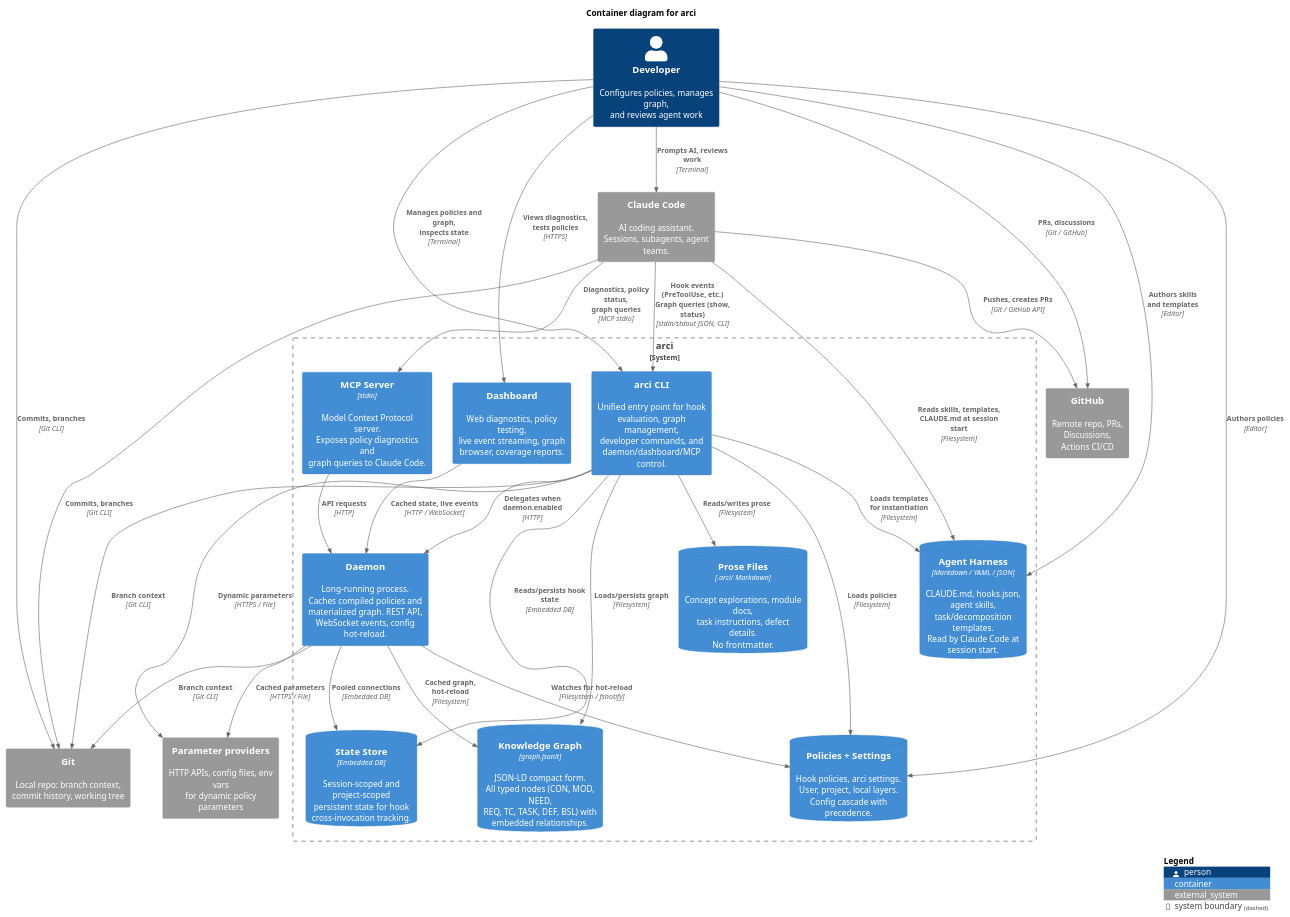
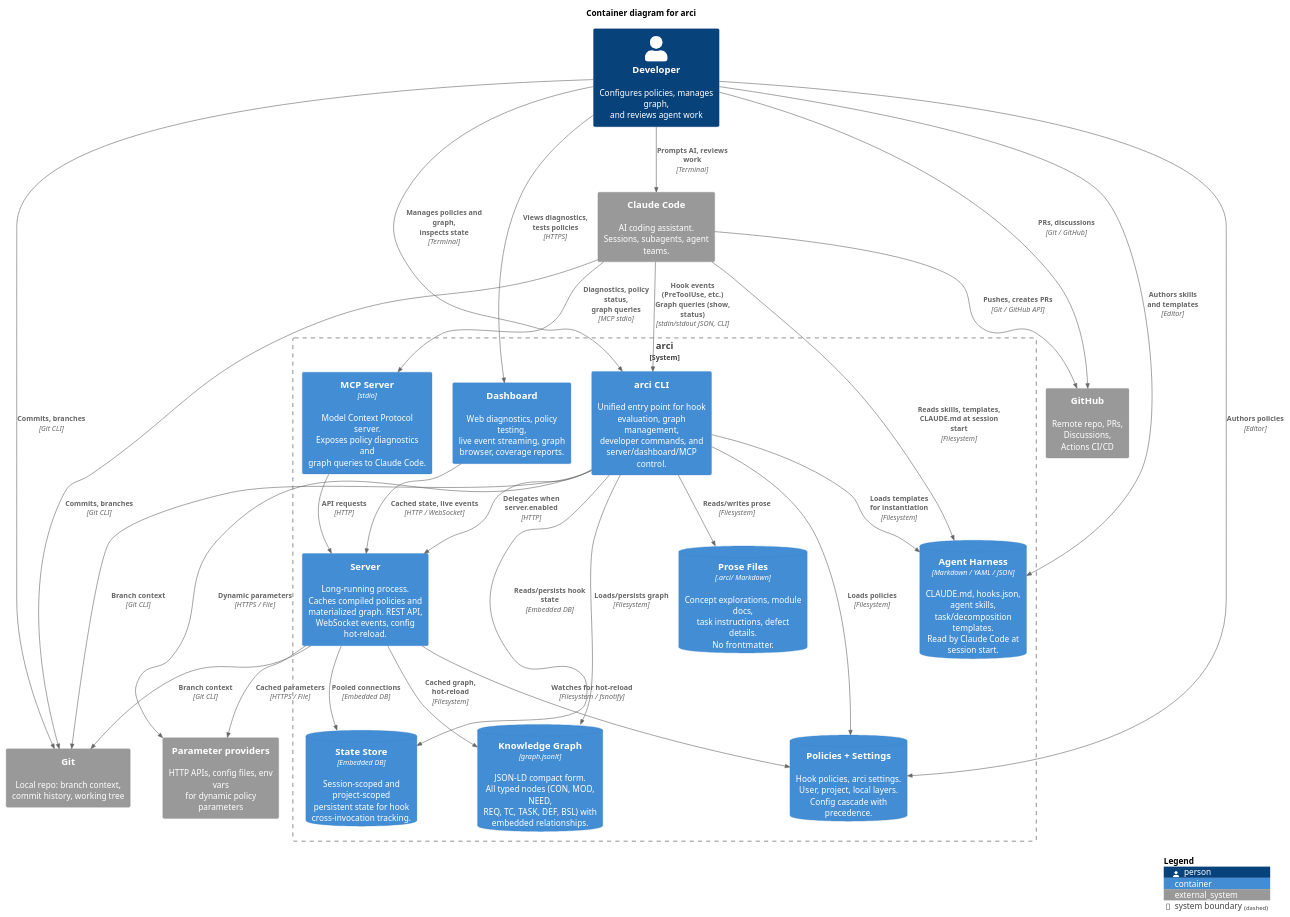
One commit to krav-sh/krav changed the diagram in docs/design/diagrams/arci-c4-container.puml. Above: the diagram before and after it, drawn with PlantUML. The commit also changed 34 other files, not shown here.

Commit message:
docs: rename daemon to server

```diff
--- a/docs/design/diagrams/arci-c4-container.puml
+++ b/docs/design/diagrams/arci-c4-container.puml
@@ -1,71 +1,71 @@
 @startuml arci-c4-container
 !include <C4/C4_Container>
 
 title Container diagram for arci
 
 Person(developer, "Developer", "Configures policies, manages graph,\nand reviews agent work")
 
 System_Ext(claude_code, "Claude Code", "AI coding assistant.\nSessions, subagents, agent teams.")
 System_Ext(git, "Git", "Local repo: branch context,\ncommit history, working tree")
 System_Ext(github, "GitHub", "Remote repo, PRs, Discussions,\nActions CI/CD")
 System_Ext(param_providers, "Parameter providers", "HTTP APIs, config files, env vars\nfor dynamic policy parameters")
 
 System_Boundary(arci, "arci") {
 
-    Container(cli, "arci CLI", "", "Unified entry point for hook\nevaluation, graph management,\ndeveloper commands, and\ndaemon/dashboard/MCP control.")
+    Container(cli, "arci CLI", "", "Unified entry point for hook\nevaluation, graph management,\ndeveloper commands, and\nserver/dashboard/MCP control.")
 
-    Container(daemon, "Daemon", "", "Long-running process.\nCaches compiled policies and\nmaterialized graph. REST API,\nWebSocket events, config hot-reload.")
+    Container(server, "Server", "", "Long-running process.\nCaches compiled policies and\nmaterialized graph. REST API,\nWebSocket events, config hot-reload.")
 
     Container(dashboard, "Dashboard", "", "Web diagnostics, policy testing,\nlive event streaming, graph\nbrowser, coverage reports.")
 
     Container(mcp, "MCP Server", "stdio", "Model Context Protocol server.\nExposes policy diagnostics and\ngraph queries to Claude Code.")
 
     ContainerDb(state_store, "State Store", "Embedded DB", "Session-scoped and project-scoped\npersistent state for hook\ncross-invocation tracking.")
 
     ContainerDb(graph_db, "Knowledge Graph", "graph.jsonlt", "JSON-LD compact form.\nAll typed nodes (CON, MOD, NEED,\nREQ, TC, TASK, DEF, BSL) with\nembedded relationships.")
 
     ContainerDb(prose_files, "Prose Files", ".arci/ Markdown", "Concept explorations, module docs,\ntask instructions, defect details.\nNo frontmatter.")
 
     ContainerDb(policy_config, "Policies + Settings", "", "Hook policies, arci settings.\nUser, project, local layers.\nConfig cascade with precedence.")
 
     ContainerDb(harness_config, "Agent Harness", "Markdown / YAML / JSON", "CLAUDE.md, hooks.json, agent skills,\ntask/decomposition templates.\nRead by Claude Code at session start.")
 }
 
 ' === Developer relationships ===
 Rel(developer, claude_code, "Prompts AI, reviews work", "Terminal")
 Rel(developer, cli, "Manages policies and graph,\ninspects state", "Terminal")
 Rel(developer, dashboard, "Views diagnostics,\ntests policies", "HTTPS")
 Rel(developer, policy_config, "Authors policies", "Editor")
 Rel(developer, harness_config, "Authors skills\nand templates", "Editor")
 Rel(developer, git, "Commits, branches", "Git CLI")
 Rel(developer, github, "PRs, discussions", "Git / GitHub")
 
 ' === Claude Code relationships ===
 Rel(claude_code, cli, "Hook events (PreToolUse, etc.)\nGraph queries (show, status)", "stdin/stdout JSON, CLI")
 Rel(claude_code, mcp, "Diagnostics, policy status,\ngraph queries", "MCP stdio")
 Rel(claude_code, harness_config, "Reads skills, templates,\nCLAUDE.md at session start", "Filesystem")
 Rel(claude_code, git, "Commits, branches", "Git CLI")
 Rel(claude_code, github, "Pushes, creates PRs", "Git / GitHub API")
 
 ' === Runtime relationships ===
-Rel(cli, daemon, "Delegates when daemon.enabled", "HTTP")
+Rel(cli, server, "Delegates when server.enabled", "HTTP")
 Rel(cli, state_store, "Reads/persists hook state", "Embedded DB")
 Rel(cli, graph_db, "Loads/persists graph", "Filesystem")
 Rel(cli, prose_files, "Reads/writes prose", "Filesystem")
 Rel(cli, policy_config, "Loads policies", "Filesystem")
 Rel(cli, harness_config, "Loads templates\nfor instantiation", "Filesystem")
 Rel(cli, git, "Branch context", "Git CLI")
 Rel(cli, param_providers, "Dynamic parameters", "HTTPS / File")
 
-Rel(daemon, state_store, "Pooled connections", "Embedded DB")
-Rel(daemon, graph_db, "Cached graph, hot-reload", "Filesystem")
-Rel(daemon, policy_config, "Watches for hot-reload", "Filesystem / fsnotify")
-Rel(daemon, param_providers, "Cached parameters", "HTTPS / File")
-Rel(daemon, git, "Branch context", "Git CLI")
+Rel(server, state_store, "Pooled connections", "Embedded DB")
+Rel(server, graph_db, "Cached graph, hot-reload", "Filesystem")
+Rel(server, policy_config, "Watches for hot-reload", "Filesystem / fsnotify")
+Rel(server, param_providers, "Cached parameters", "HTTPS / File")
+Rel(server, git, "Branch context", "Git CLI")
 
-Rel(mcp, daemon, "API requests", "HTTP")
-Rel(dashboard, daemon, "Cached state, live events", "HTTP / WebSocket")
+Rel(mcp, server, "API requests", "HTTP")
+Rel(dashboard, server, "Cached state, live events", "HTTP / WebSocket")
 
 SHOW_LEGEND()
 
 @enduml
```
